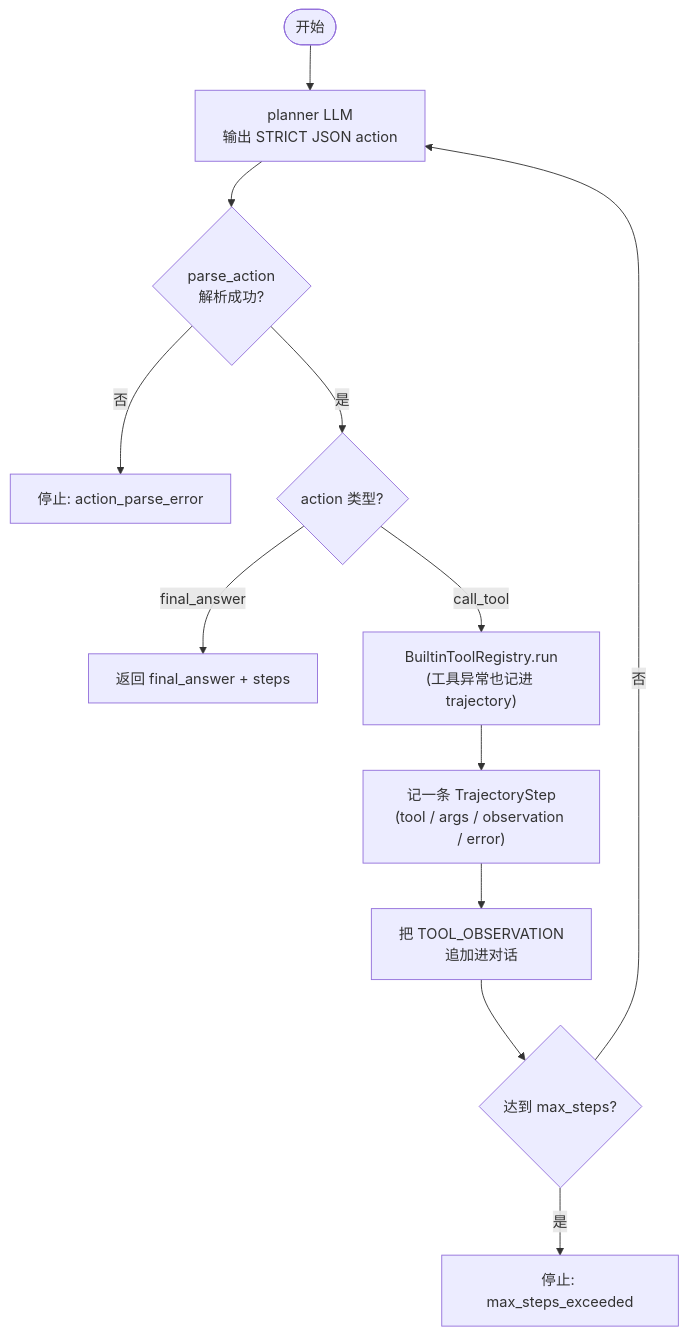
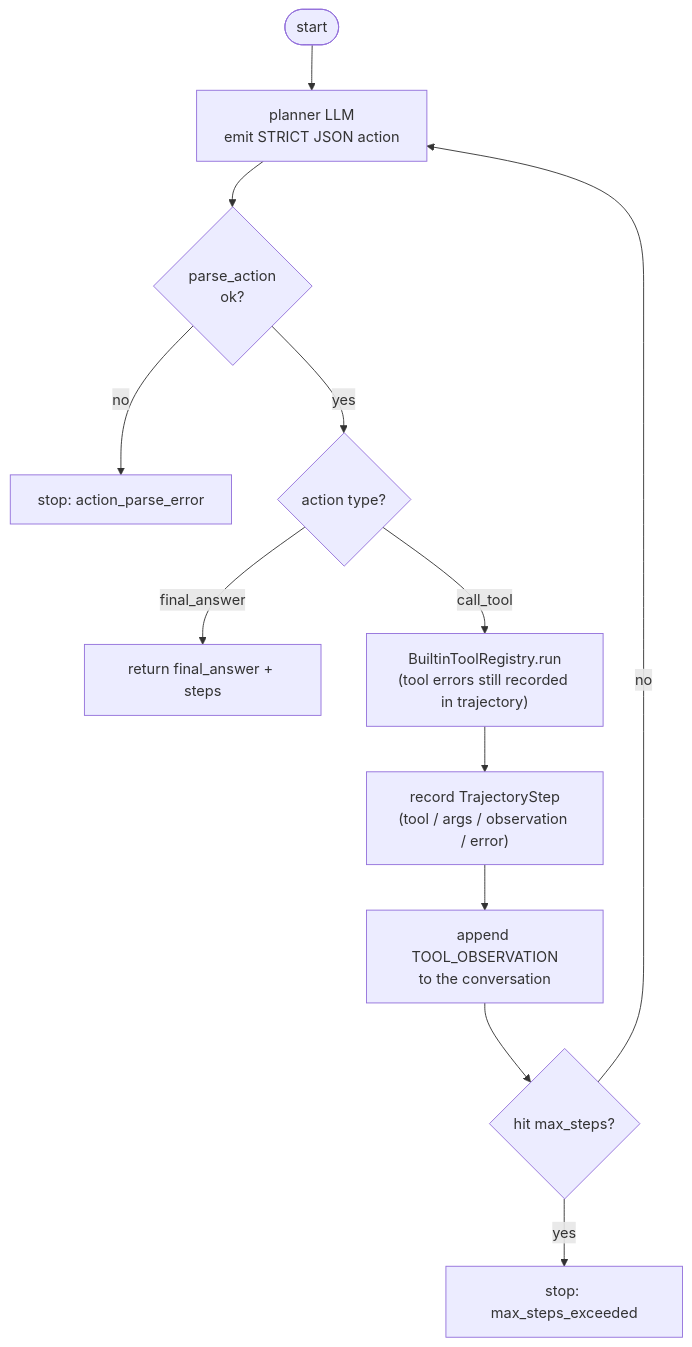
The second of 3 diagrams in docs/PHASE_9_PLAN.md (AndyUneducated/eval-gate), drawn with Mermaid before and after one commit. The commit also changed other lines of this file and 22 other files, not shown here.

````diff
--- a/docs/PHASE_9_PLAN.md
+++ b/docs/PHASE_9_PLAN.md
@@ -30,14 +30,14 @@
 ```mermaid
 flowchart TD
-  Start([开始]) --> Plan["planner LLM<br/>输出 STRICT JSON action"]
-  Plan --> Parse{"parse_action<br/>解析成功?"}
-  Parse -->|"否"| Err["停止: action_parse_error"]
-  Parse -->|"是"| Kind{"action 类型?"}
-  Kind -->|"final_answer"| Done["返回 final_answer + steps"]
-  Kind -->|"call_tool"| Tool["BuiltinToolRegistry.run<br/>(工具异常也记进 trajectory)"]
-  Tool --> Record["记一条 TrajectoryStep<br/>(tool / args / observation / error)"]
-  Record --> Obs["把 TOOL_OBSERVATION<br/>追加进对话"]
-  Obs --> Budget{"达到 max_steps?"}
-  Budget -->|"否"| Plan
-  Budget -->|"是"| Stop["停止: max_steps_exceeded"]
+  Start([start]) --> Plan["planner LLM<br/>emit STRICT JSON action"]
+  Plan --> Parse{"parse_action<br/>ok?"}
+  Parse -->|"no"| Err["stop: action_parse_error"]
+  Parse -->|"yes"| Kind{"action type?"}
+  Kind -->|"final_answer"| Done["return final_answer + steps"]
+  Kind -->|"call_tool"| Tool["BuiltinToolRegistry.run<br/>(tool errors still recorded in trajectory)"]
+  Tool --> Record["record TrajectoryStep<br/>(tool / args / observation / error)"]
+  Record --> Obs["append TOOL_OBSERVATION<br/>to the conversation"]
+  Obs --> Budget{"hit max_steps?"}
+  Budget -->|"no"| Plan
+  Budget -->|"yes"| Stop["stop: max_steps_exceeded"]
 ```
````
